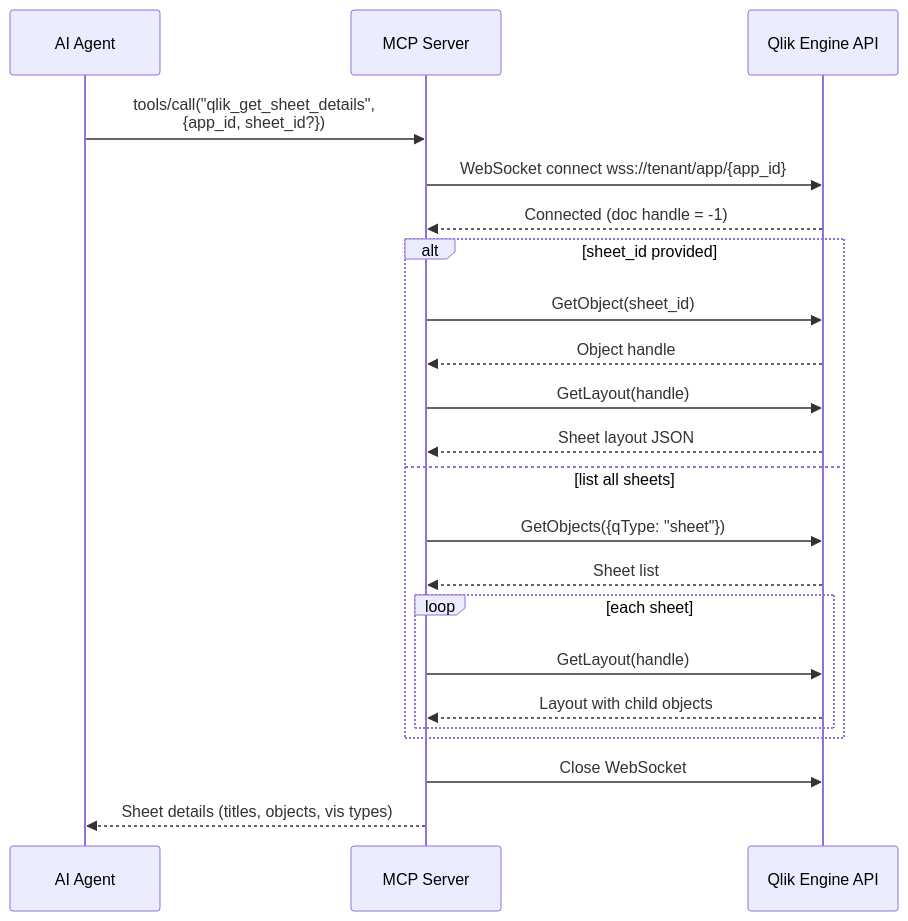
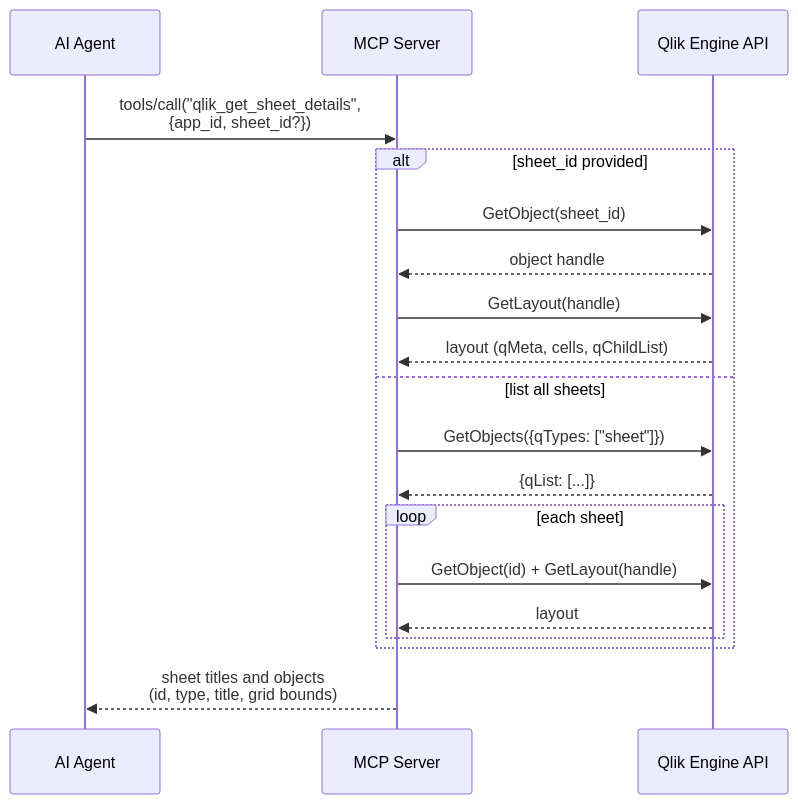
One commit to ssevera1/Qlik-Cloud-MCP-Server changed the fifth of 7 diagrams in design/c4-diagrams/c3-component.md. Above: the diagram before and after it, drawn with Mermaid. The commit also changed other lines of this file and 36 other files, not shown here.

First line of the commit message:
Rebuild on MCP SDK v2 and fix Qlik Engine API usage

````diff
--- a/design/c4-diagrams/c3-component.md
+++ b/design/c4-diagrams/c3-component.md
@@ -49,27 +100,24 @@
 ```mermaid
 sequenceDiagram
     participant Agent as AI Agent
     participant MCP as MCP Server
     participant Engine as Qlik Engine API
 
     Agent->>MCP: tools/call("qlik_get_sheet_details",<br/>{app_id, sheet_id?})
-    MCP->>Engine: WebSocket connect wss://tenant/app/{app_id}
-    Engine-->>MCP: Connected (doc handle = -1)
 
     alt sheet_id provided
         MCP->>Engine: GetObject(sheet_id)
-        Engine-->>MCP: Object handle
+        Engine-->>MCP: object handle
         MCP->>Engine: GetLayout(handle)
-        Engine-->>MCP: Sheet layout JSON
+        Engine-->>MCP: layout (qMeta, cells, qChildList)
     else list all sheets
-        MCP->>Engine: GetObjects({qType: "sheet"})
-        Engine-->>MCP: Sheet list
+        MCP->>Engine: GetObjects({qTypes: ["sheet"]})
+        Engine-->>MCP: {qList: [...]}
         loop each sheet
-            MCP->>Engine: GetLayout(handle)
-            Engine-->>MCP: Layout with child objects
+            MCP->>Engine: GetObject(id) + GetLayout(handle)
+            Engine-->>MCP: layout
         end
     end
 
-    MCP->>Engine: Close WebSocket
-    MCP-->>Agent: Sheet details (titles, objects, vis types)
+    MCP-->>Agent: sheet titles and objects<br/>(id, type, title, grid bounds)
 ```
````
